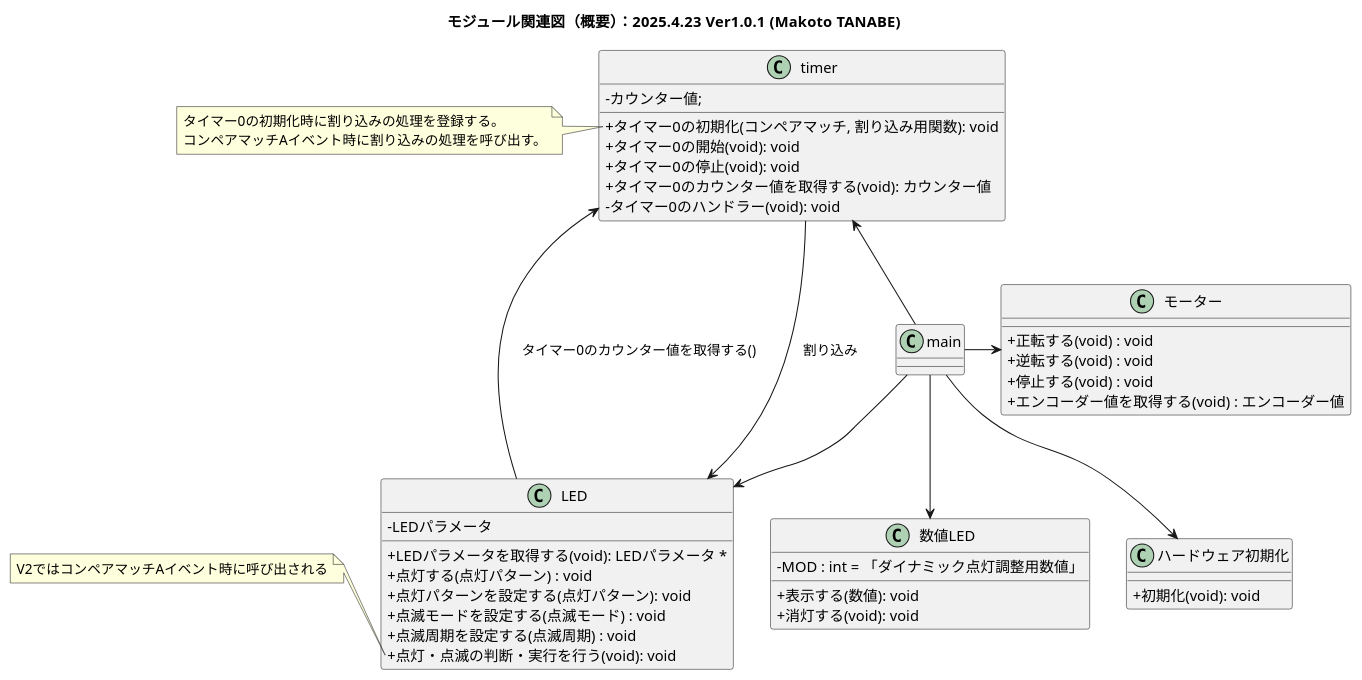
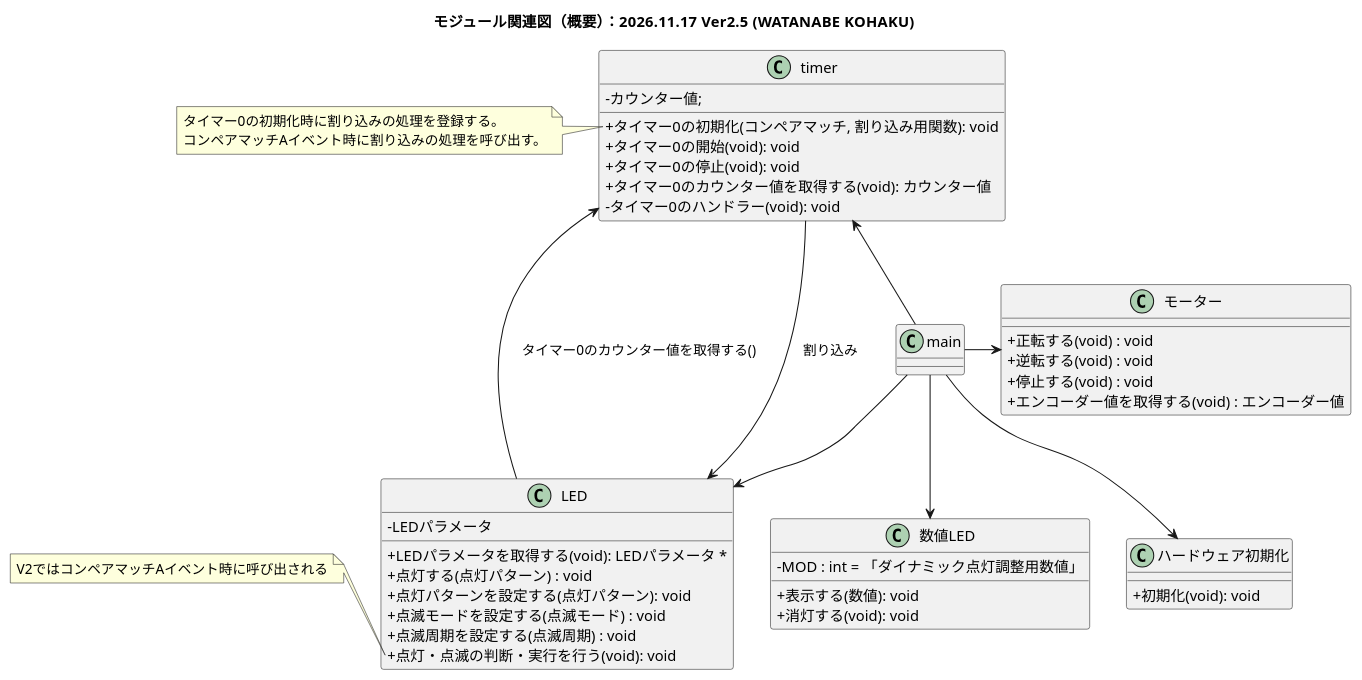
One commit to rebuildup/GRI-2nd changed the diagram in AssociationChart/GaiyouModuleV2.pu. Above: the diagram before and after it, drawn with PlantUML. The commit also changed 11 other files, not shown here.

```diff
--- a/AssociationChart/GaiyouModuleV2.pu
+++ b/AssociationChart/GaiyouModuleV2.pu
@@ -1,68 +1,68 @@
 @startuml
 '可視性をアイコン化しない
 skinparam classAttributeIconSize 0
 
-title モジュール関連図（概要）：2025.4.23 Ver1.0.1 (Makoto TANABE)
+title モジュール関連図（概要）：2026.11.17 Ver2.5 (WATANABE KOHAKU)
 
 
 
 'クラスと属性・操作の定義
 class main {
 }
 
 class ハードウェア初期化 {
   + 初期化(void): void
 }
 
 class LED {
   -LEDパラメータ
   +LEDパラメータを取得する(void): LEDパラメータ *
   +点灯する(点灯パターン) : void
   +点灯パターンを設定する(点灯パターン): void
   +点滅モードを設定する(点滅モード) : void
   +点滅周期を設定する(点滅周期) : void
   +点灯・点滅の判断・実行を行う(void): void
 }
 
 class 数値LED {
   -MOD : int = 「ダイナミック点灯調整用数値」
   +表示する(数値): void
   +消灯する(void): void
 }
 
 class モーター {
  +正転する(void) : void
  +逆転する(void) : void
  +停止する(void) : void
  +エンコーダー値を取得する(void) : エンコーダー値
 }
 
 class timer {
   - カウンター値;
   + タイマー0の初期化(コンペアマッチ, 割り込み用関数): void
   + タイマー0の開始(void): void
   + タイマー0の停止(void): void
   + タイマー0のカウンター値を取得する(void): カウンター値
   - タイマー0のハンドラー(void): void
 }
 
 note left of timer::タイマー0の初期化
 タイマー0の初期化時に割り込みの処理を登録する。
 コンペアマッチAイベント時に割り込みの処理を呼び出す。
 end note
 
 note left of LED::点灯・点滅の判断・実行を行う
 V2ではコンペアマッチAイベント時に呼び出される
 end note
 
 
 
 '関連
 main -u-> timer
 main --> ハードウェア初期化
 main --> LED
 main -d-> 数値LED
 main -r-> モーター
 timer <-- LED : タイマー0のカウンター値を取得する()
 timer --> LED :割り込み
 @enduml
```
